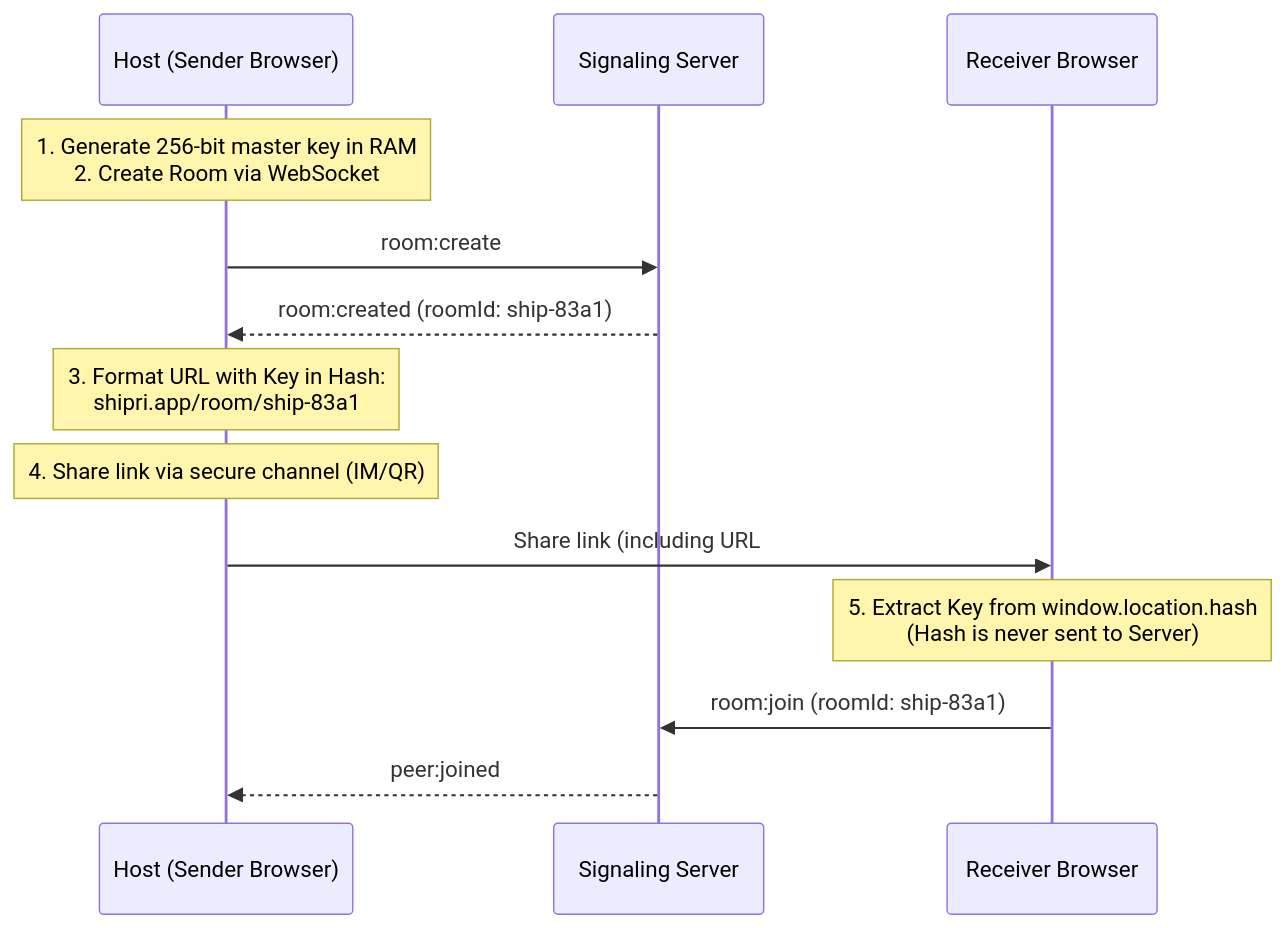
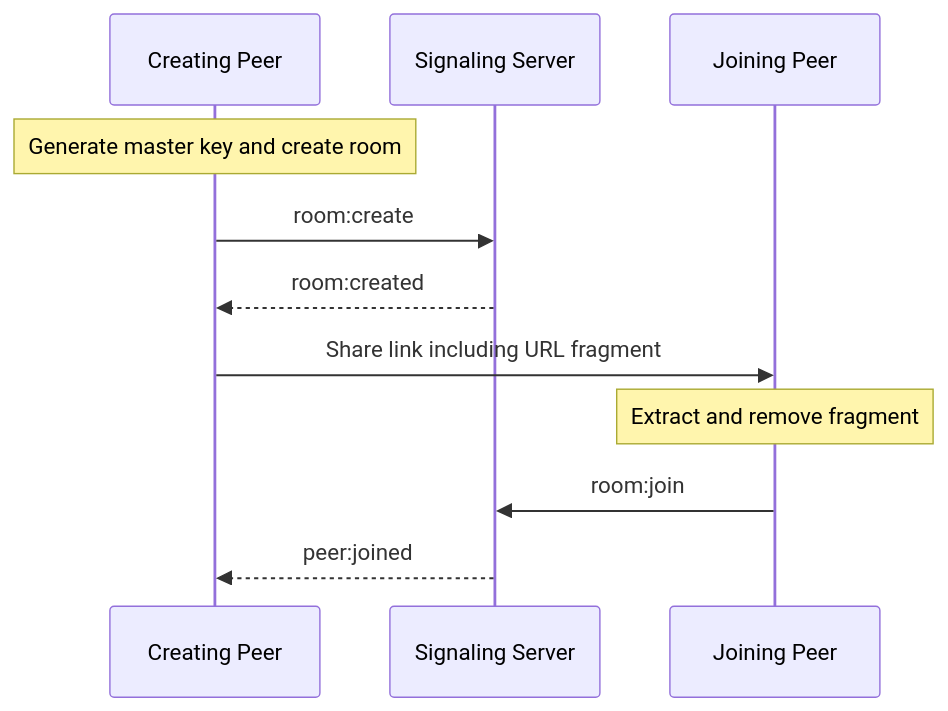
One commit to bit-bridge-studio/shipri changed the diagram in docs/security_e2ee_spec.md. Above: the diagram before and after it, drawn with Mermaid. The commit also changed other lines of this file and 14 other files, not shown here.

````diff
--- a/docs/security_e2ee_spec.md
+++ b/docs/security_e2ee_spec.md
@@ -25,16 +25,14 @@
 ```mermaid
 sequenceDiagram
-    participant Host as Host (Sender Browser)
+    participant PeerA as Creating Peer
     participant Server as Signaling Server
-    participant Recv as Receiver Browser
+    participant PeerB as Joining Peer
 
-    Note over Host: 1. Generate 256-bit master key in RAM<br/>2. Create Room via WebSocket
-    Host->>Server: room:create
-    Server-->>Host: room:created (roomId: ship-83a1)
-    Note over Host: 3. Format URL with Key in Hash:<br/>shipri.app/room/ship-83a1#key=ABC...
-    Note over Host: 4. Share link via secure channel (IM/QR)
-    Host->>Recv: Share link (including URL #Hash)
-    Note over Recv: 5. Extract Key from window.location.hash<br/>(Hash is never sent to Server)
-    Recv->>Server: room:join (roomId: ship-83a1)
-    Server-->>Host: peer:joined
+    Note over PeerA: Generate master key and create room
+    PeerA->>Server: room:create
+    Server-->>PeerA: room:created
+    PeerA->>PeerB: Share link including URL fragment
+    Note over PeerB: Extract and remove fragment
+    PeerB->>Server: room:join
+    Server-->>PeerA: peer:joined
 ```
````
